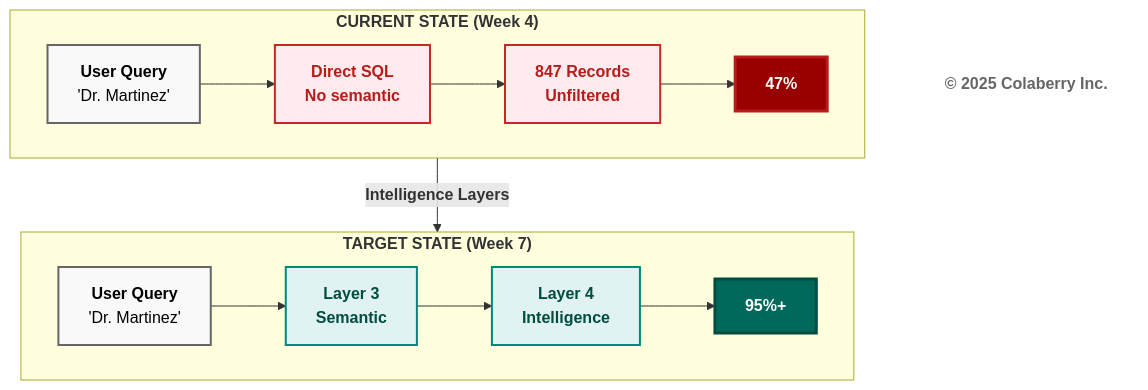
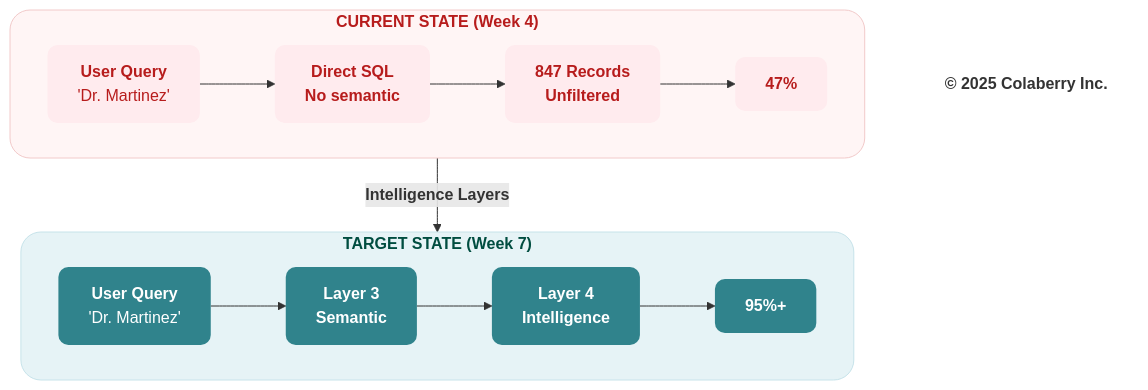
One commit to saitejesh-cyber/trust-before-intelligence-book changed the fourth of 13 diagrams in manuscript/06_chapter_5_intelligence_layers.md. Above: the diagram before and after it, drawn with Mermaid. The commit also changed other lines of this file and 7 other files, not shown here.

Commit message:
Chapter 6to13: Updated mermaid diagrams based on new colaberry color code

````diff
--- a/manuscript/06_chapter_5_intelligence_layers.md
+++ b/manuscript/06_chapter_5_intelligence_layers.md
@@ -262,27 +262,29 @@
 ```mermaid
 graph TB
     subgraph CURRENT["<b>CURRENT STATE (Week 4)</b>"]
         direction LR
         C_Q["<b>User Query</b><br/>'Dr. Martinez'"] --> C_SQL["<b>Direct SQL</b><br/><b>No semantic</b>"] --> C_RES["<b>847 Records</b><br/><b>Unfiltered</b>"] --> C_FAIL["<b>47%</b>"]
     end
     
     CURRENT -->|<b>Intelligence Layers</b>| TARGET
     
     subgraph TARGET["<b>TARGET STATE (Week 7)</b>"]
         direction LR
         T_Q["<b>User Query</b><br/>'Dr. Martinez'"] --> T_SEM["<b>Layer 3</b><br/><b>Semantic</b>"] --> T_RAG["<b>Layer 4</b><br/><b>Intelligence</b>"] --> T_WIN["<b>95%+</b>"]
     end
     
     Copyright["<b>© 2025 Colaberry Inc.</b>"]
     
-    style C_Q fill:#f9f9f9,stroke:#666666,stroke-width:2px,color:#000000
-    style C_SQL fill:#ffebee,stroke:#c62828,stroke-width:2px,color:#b71c1c
-    style C_RES fill:#ffebee,stroke:#c62828,stroke-width:2px,color:#b71c1c
-    style C_FAIL fill:#990000,color:#ffffff,stroke:#b71c1c,stroke-width:3px
+    style C_Q fill:#ffebee,stroke:none,color:#b71c1c,rx:10,ry:10
+    style C_SQL fill:#ffebee,stroke:none,color:#b71c1c,rx:10,ry:10
+    style C_RES fill:#ffebee,stroke:none,color:#b71c1c,rx:10,ry:10
+    style C_FAIL fill:#ffebee,stroke:none,color:#b71c1c,rx:10,ry:10
     
-    style T_Q fill:#f9f9f9,stroke:#666666,stroke-width:2px,color:#000000
-    style T_SEM fill:#e0f2f1,stroke:#00897b,stroke-width:2px,color:#004d40
-    style T_RAG fill:#e0f2f1,stroke:#00897b,stroke-width:2px,color:#004d40
-    style T_WIN fill:#00695c,color:#ffffff,stroke:#004d40,stroke-width:3px
-    style Copyright fill:#ffffff,stroke:none,color:#666666
+    style T_Q fill:#30838C,stroke:none,color:#ffffff,rx:10,ry:10
+    style T_SEM fill:#30838C,stroke:none,color:#ffffff,rx:10,ry:10
+    style T_RAG fill:#30838C,stroke:none,color:#ffffff,rx:10,ry:10
+    style T_WIN fill:#30838C,stroke:none,color:#ffffff,rx:10,ry:10
+    style Copyright fill:none,stroke:none,color:#333333
+    style CURRENT fill:#fff5f5,stroke:#f2caca,stroke-width:1px,color:#b71c1c,rx:20,ry:20
+    style TARGET fill:#e6f3f6,stroke:#c7e3ea,stroke-width:1px,color:#004d40,rx:20,ry:20
 ```
````
